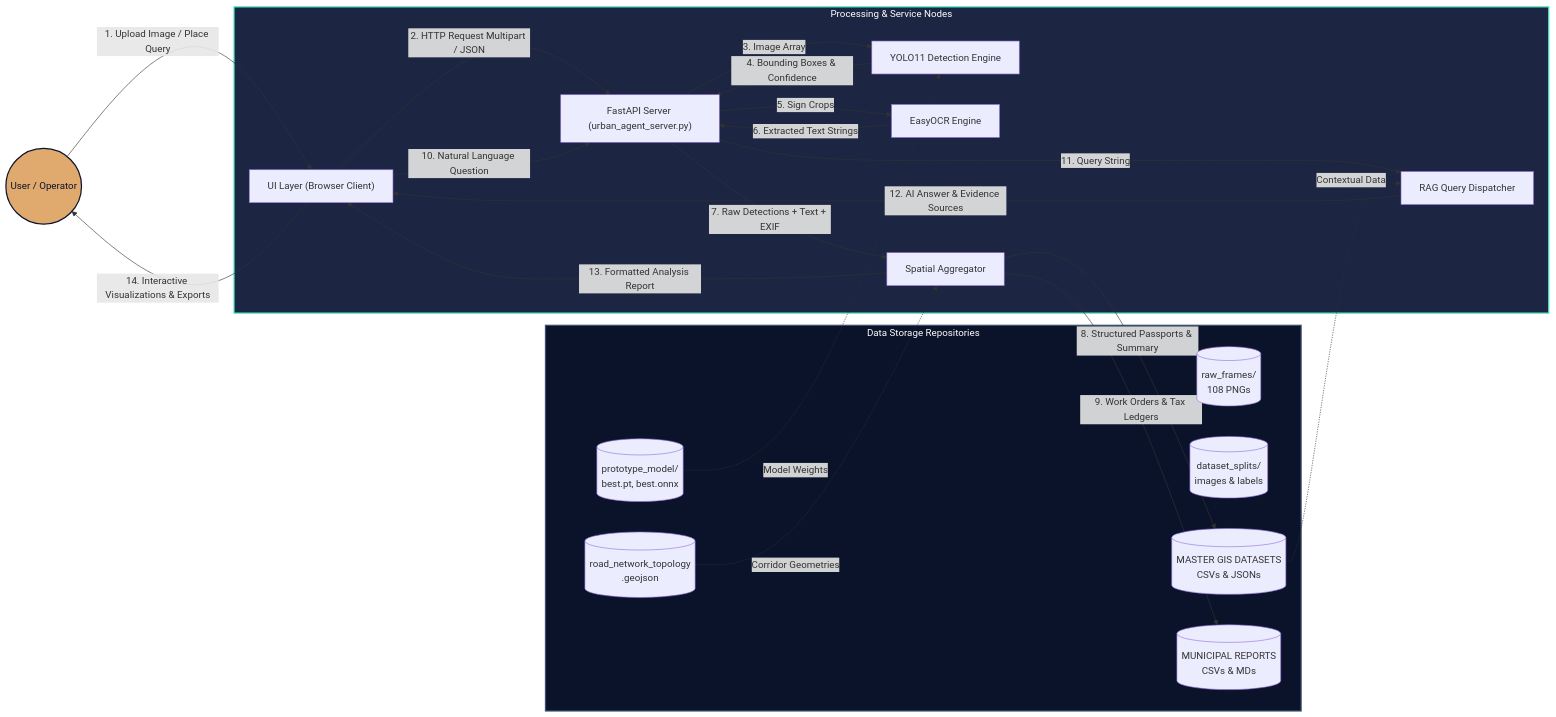
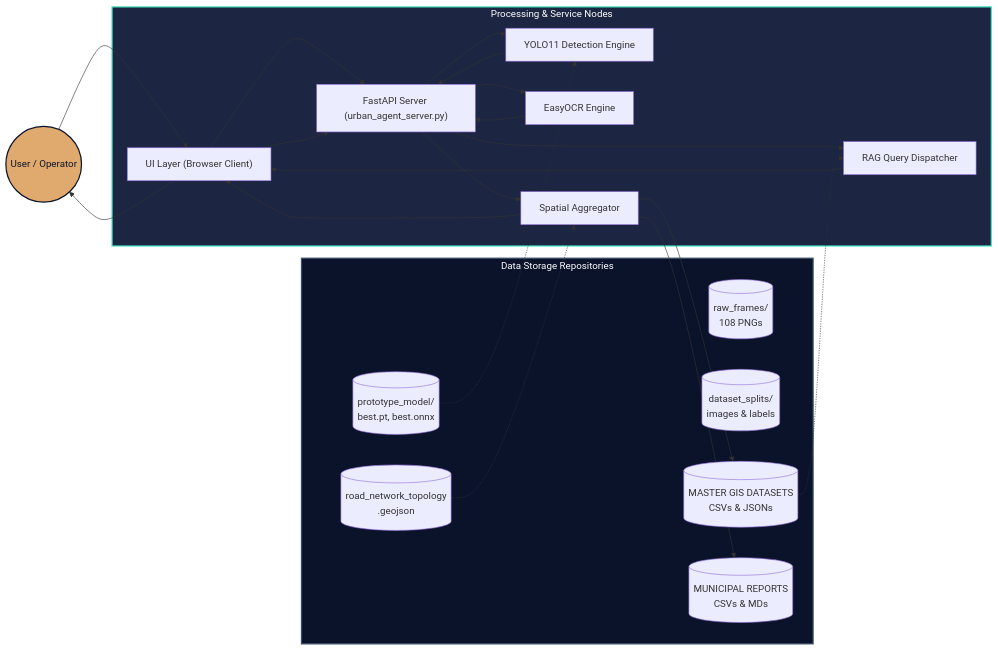
One commit to Vaigunth27-cloud/farm-ai changed the diagram in project_documentation/diagrams/08_data_flow.mmd. Above: the diagram before and after it, drawn with Mermaid. The commit also changed 25 other files, not shown here.

Commit message:
feat: render all 12 mermaid diagrams to high-res viewable PNG flowcharts and add visual gallery

```diff
--- a/project_documentation/diagrams/08_data_flow.mmd
+++ b/project_documentation/diagrams/08_data_flow.mmd
@@ -1,47 +1,42 @@
 flowchart LR
     USER((User / Operator))
     
     subgraph Data_Stores["Data Storage Repositories"]
         DS_RAW[(raw_frames/<br/>108 PNGs)]
         DS_SPLITS[(dataset_splits/<br/>images & labels)]
         DS_WEIGHTS[(prototype_model/<br/>best.pt, best.onnx)]
         DS_GIS[(MASTER GIS DATASETS<br/>CSVs & JSONs)]
         DS_GEOJSON[(road_network_topology<br/>.geojson)]
         DS_REPORTS[(MUNICIPAL REPORTS<br/>CSVs & MDs)]
     end
 
     subgraph Processing_Nodes["Processing & Service Nodes"]
         P1["UI Layer (Browser Client)"]
         P2["FastAPI Server (urban_agent_server.py)"]
         P3["YOLO11 Detection Engine"]
         P4["EasyOCR Engine"]
         P5["RAG Query Dispatcher"]
         P6["Spatial Aggregator"]
     end
 
-    USER -->|1. Upload Image / Place Query| P1
-    P1 -->|2. HTTP Request Multipart / JSON| P2
-    
-    P2 -->|3. Image Array| P3
-    DS_WEIGHTS -.->|Model Weights| P3
-    P3 -->|4. Bounding Boxes & Confidence| P2
-    
-    P2 -->|5. Sign Crops| P4
-    P4 -->|6. Extracted Text Strings| P2
-    
-    P2 -->|7. Raw Detections + Text + EXIF| P6
-    DS_GEOJSON -.->|Corridor Geometries| P6
-    P6 -->|8. Structured Passports & Summary| DS_GIS
-    P6 -->|9. Work Orders & Tax Ledgers| DS_REPORTS
-    
-    P1 -->|10. Natural Language Question| P2
-    P2 -->|11. Query String| P5
-    DS_GIS -.->|Contextual Data| P5
-    P5 -->|12. AI Answer & Evidence Sources| P1
-    
-    P6 -->|13. Formatted Analysis Report| P1
-    P1 -->|14. Interactive Visualizations & Exports| USER
+    USER --> P1
+    P1 --> P2
+    P2 --> P3
+    DS_WEIGHTS -.-> P3
+    P3 --> P2
+    P2 --> P4
+    P4 --> P2
+    P2 --> P6
+    DS_GEOJSON -.-> P6
+    P6 --> DS_GIS
+    P6 --> DS_REPORTS
+    P1 --> P2
+    P2 --> P5
+    DS_GIS -.-> P5
+    P5 --> P1
+    P6 --> P1
+    P1 --> USER
 
     style Data_Stores fill:#0B132B,stroke:#3A506B,stroke-width:2px,color:#FFFFFF
     style Processing_Nodes fill:#1C2541,stroke:#48E5C2,stroke-width:2px,color:#FFFFFF
     style USER fill:#E0A96D,stroke:#0B132B,stroke-width:2px,color:#0B132B
```
